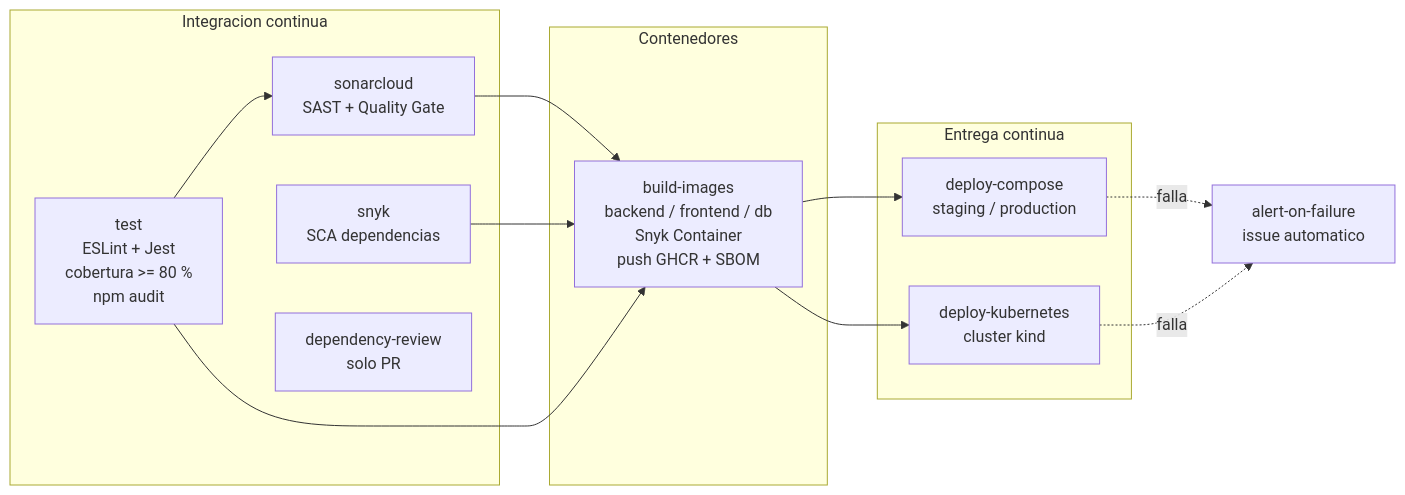
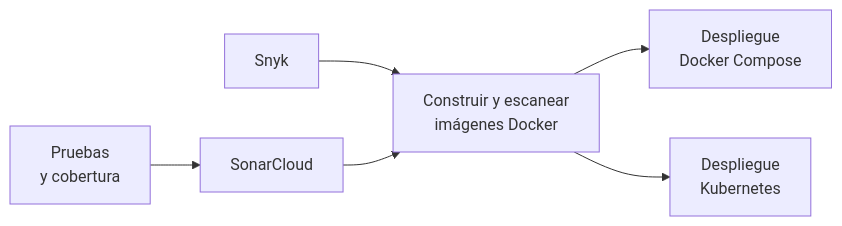
One commit to lBlackDevDUOC/microservicio-devops changed the second of 2 diagrams in README.md. Above: the diagram before and after it, drawn with Mermaid. The commit also changed other lines of this file, not shown here.

````diff
--- a/README.md
+++ b/README.md
@@ -101,24 +94,8 @@
 ```mermaid
 flowchart LR
-    subgraph CI[Integracion continua]
-        T[test<br/>ESLint + Jest<br/>cobertura >= 80 %<br/>npm audit]
-        S[sonarcloud<br/>SAST + Quality Gate]
-        K[snyk<br/>SCA dependencias]
-        R[dependency-review<br/>solo PR]
-    end
-    subgraph Build[Contenedores]
-        I[build-images<br/>backend / frontend / db<br/>Snyk Container<br/>push GHCR + SBOM]
-    end
-    subgraph CD[Entrega continua]
-        C[deploy-compose<br/>staging / production]
-        KS[deploy-kubernetes<br/>cluster kind]
-    end
-    A[alert-on-failure<br/>issue automatico]
-    T --> S --> I
-    K --> I
-    T --> I
-    I --> C
-    I --> KS
-    C -. falla .-> A
-    KS -. falla .-> A
+    T[Pruebas<br/>y cobertura] --> S[SonarCloud]
+    K[Snyk] --> I
+    S --> I[Construir y escanear<br/>imágenes Docker]
+    I --> C[Despliegue<br/>Docker Compose]
+    I --> KS[Despliegue<br/>Kubernetes]
 ```
````
